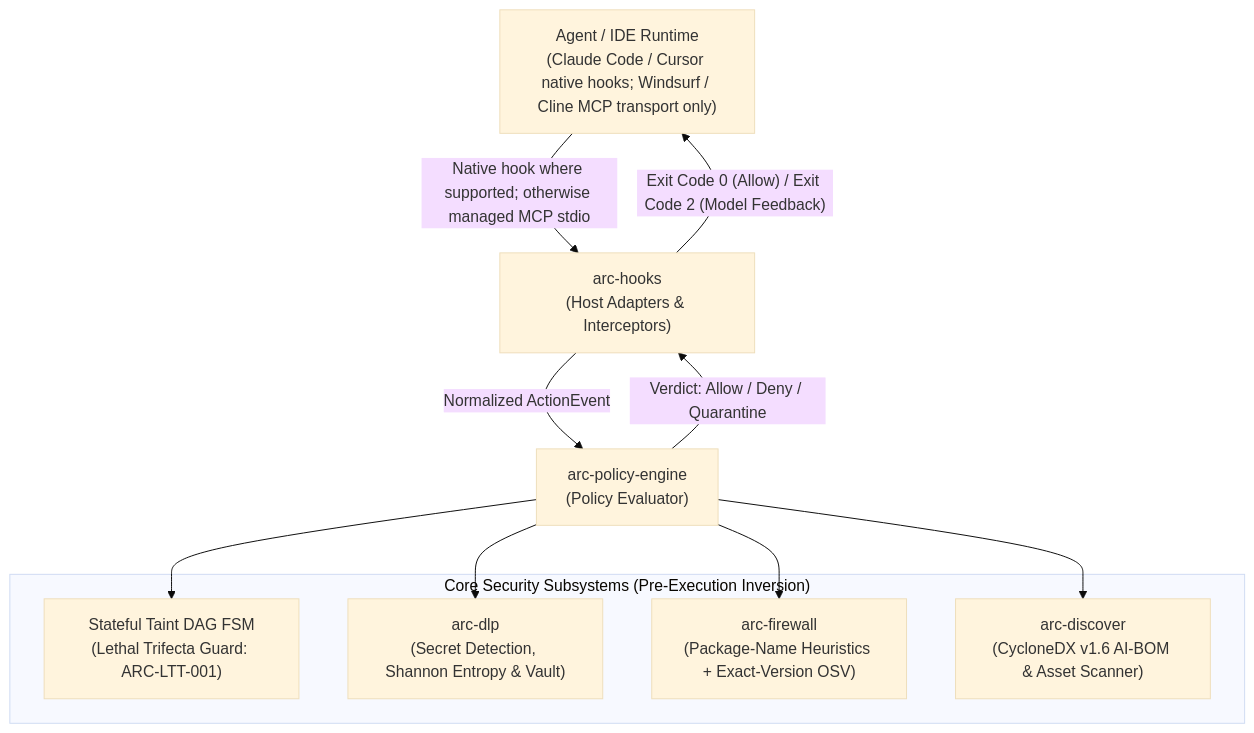
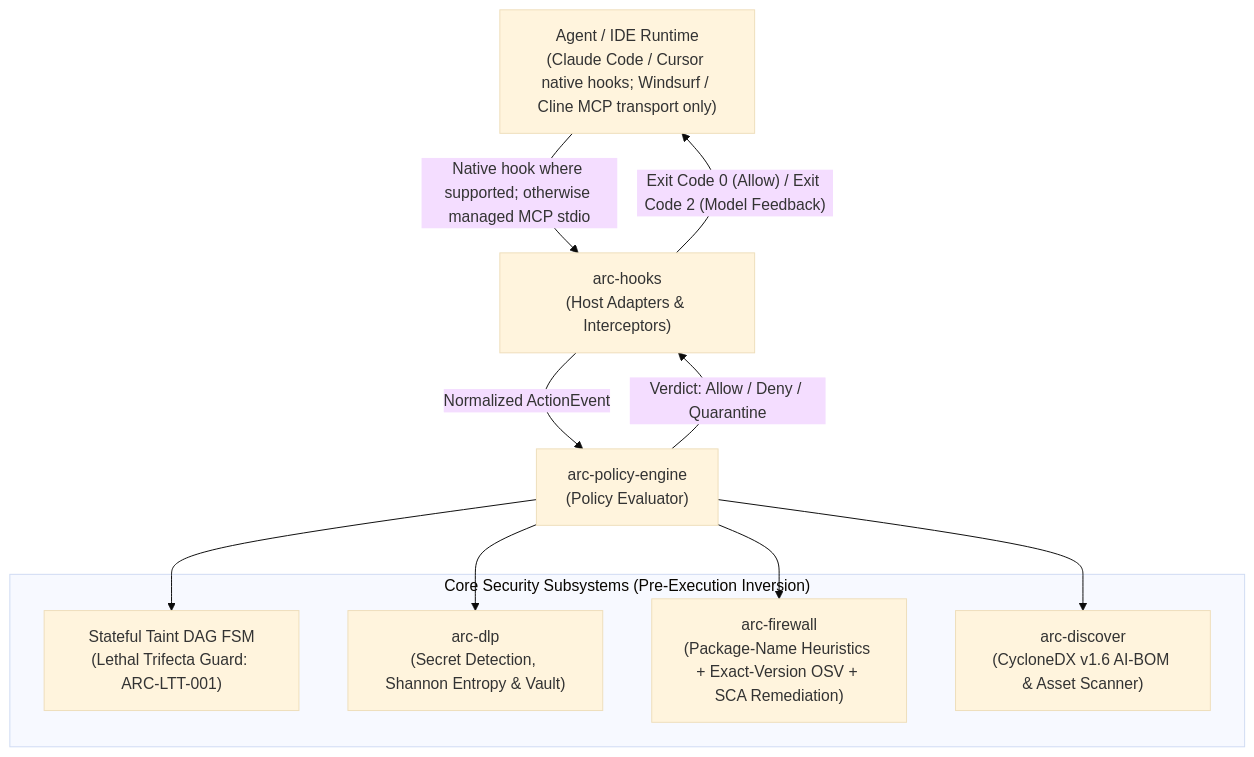
One commit to noviqtechnologies/vexa-arc changed the diagram in README.md. Above: the diagram before and after it, drawn with Mermaid (base theme). The commit also changed other lines of this file and 27 other files, not shown here.

Commit message:
feat(core): implement Pillars 1-4 hardened onboarding, local observability, threat-modeled approval, and consensual disposable-worktree SCA remediation

````diff
--- a/README.md
+++ b/README.md
@@ -274,20 +405,20 @@
 ```mermaid
 flowchart TB
     HOST["Agent / IDE Runtime\n(Claude Code / Cursor native hooks; Windsurf / Cline MCP transport only)"] -->|"Native hook where supported; otherwise managed MCP stdio"| HOOKS["arc-hooks\n(Host Adapters & Interceptors)"]
     HOOKS -->|"Normalized ActionEvent"| ENGINE["arc-policy-engine\n(Policy Evaluator)"]
     
     subgraph ENGINE_SUBSYSTEMS["Core Security Subsystems (Pre-Execution Inversion)"]
         DAG["Stateful Taint DAG FSM\n(Lethal Trifecta Guard: ARC-LTT-001)"]
         DLP["arc-dlp\n(Secret Detection, Shannon Entropy & Vault)"]
-        FW["arc-firewall\n(Package-Name Heuristics + Exact-Version OSV)"]
+        FW["arc-firewall\n(Package-Name Heuristics + Exact-Version OSV + SCA Remediation)"]
         ATLAS["arc-discover\n(CycloneDX v1.6 AI-BOM & Asset Scanner)"]
     end
     
     ENGINE --> DAG
     ENGINE --> DLP
     ENGINE --> FW
     ENGINE --> ATLAS
     
     ENGINE -->|"Verdict: Allow / Deny / Quarantine"| HOOKS
     HOOKS -->|"Exit Code 0 (Allow) / Exit Code 2 (Model Feedback)"| HOST
 ```
````
